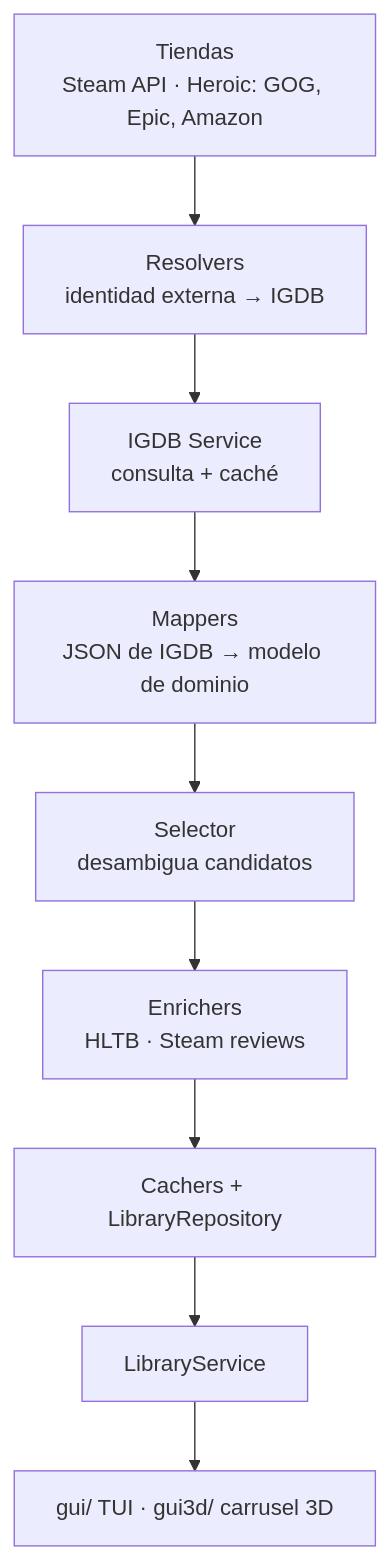
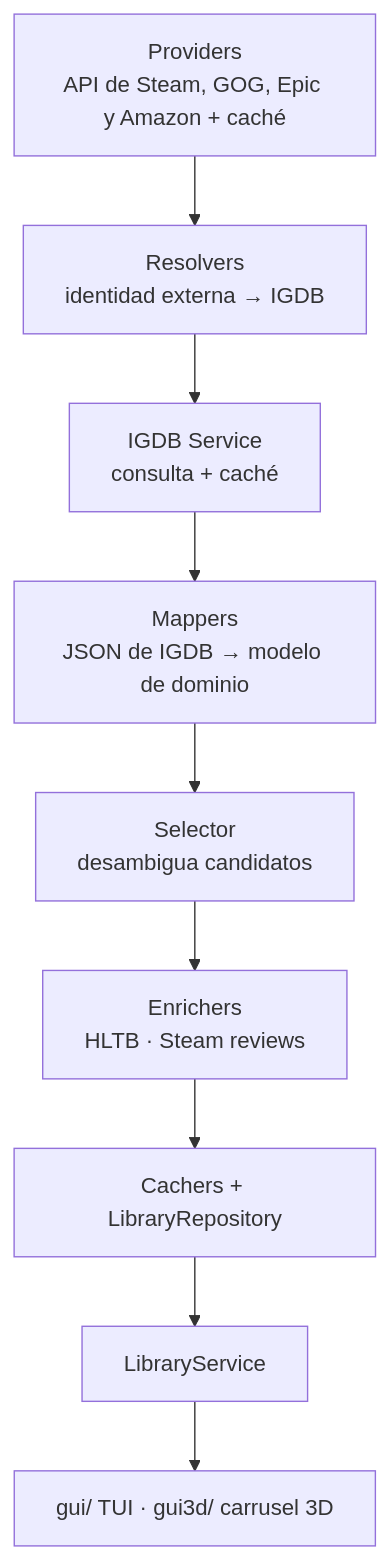
One commit to FranjeGueje/puntueitor changed the diagram in arquitectura.md. Above: the diagram before and after it, drawn with Mermaid. The commit also changed other lines of this file and 54 other files, not shown here.

````diff
--- a/arquitectura.md
+++ b/arquitectura.md
@@ -73,11 +73,11 @@
 ```mermaid
 graph TD
-    A[Tiendas<br>Steam API · Heroic: GOG, Epic, Amazon] --> B[Resolvers<br>identidad externa → IGDB]
+    A[Providers<br>API de Steam, GOG, Epic y Amazon + caché] --> B[Resolvers<br>identidad externa → IGDB]
     B --> C[IGDB Service<br>consulta + caché]
     C --> D[Mappers<br>JSON de IGDB → modelo de dominio]
     D --> E[Selector<br>desambigua candidatos]
     E --> F[Enrichers<br>HLTB · Steam reviews]
     F --> G[Cachers + LibraryRepository]
     G --> H[LibraryService]
     H --> I[gui/ TUI · gui3d/ carrusel 3D]
 ```
````
